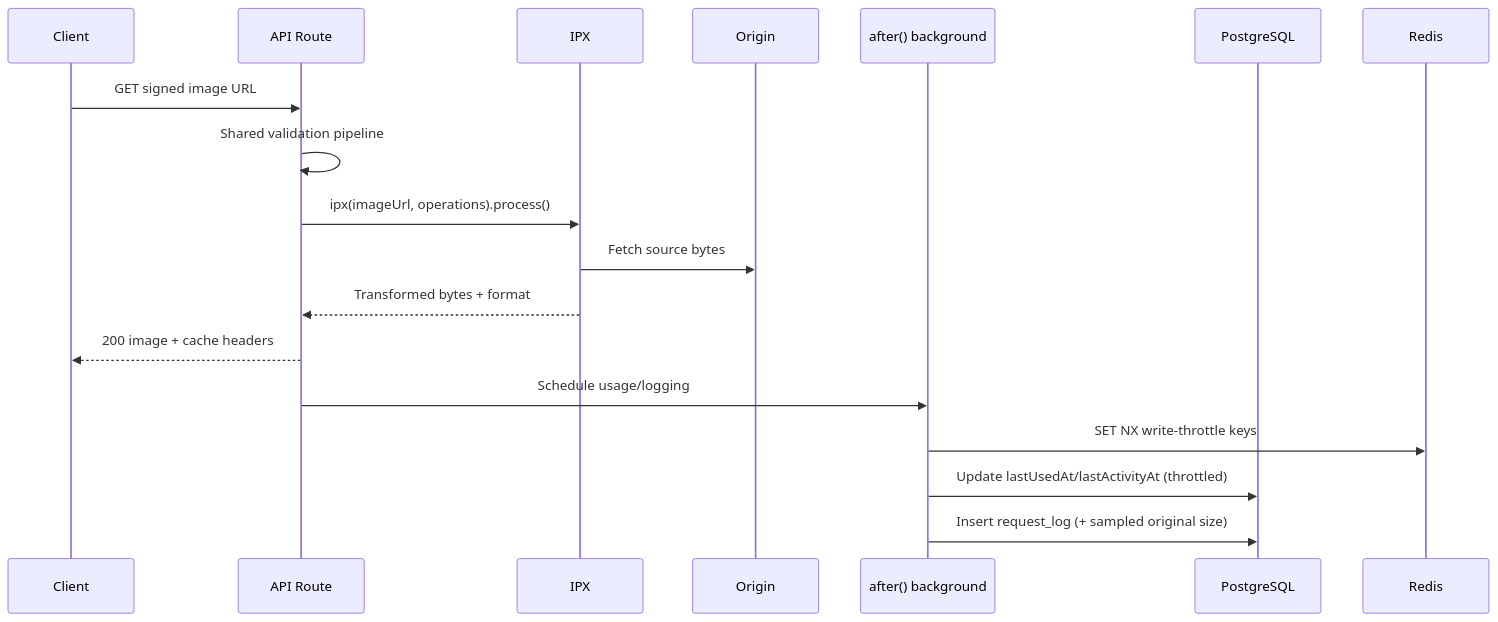
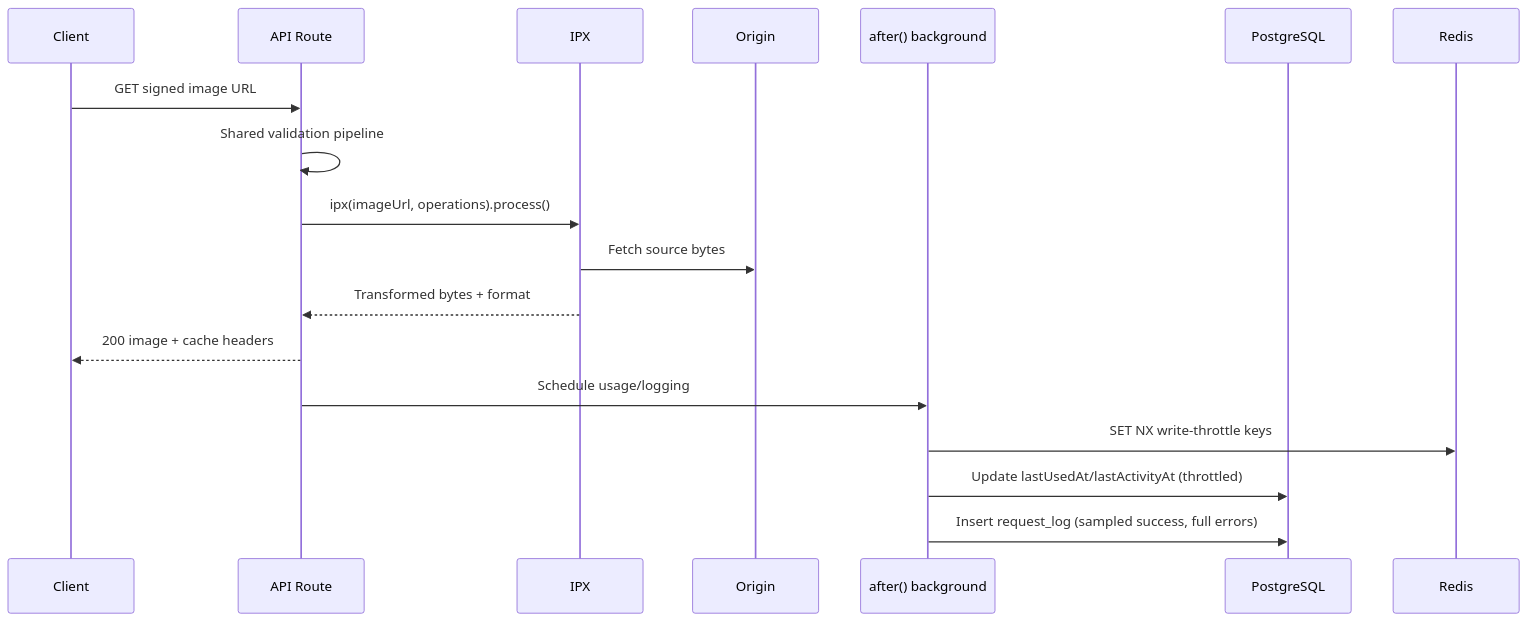
The second of 3 diagrams in apps/docs/content/docs/architecture/request-lifecycle.mdx (EricTsai83/optstuff), drawn with Mermaid before and after one commit. The commit also changed other lines of this file and 18 other files, not shown here.

````diff
--- a/apps/docs/content/docs/architecture/request-lifecycle.mdx
+++ b/apps/docs/content/docs/architecture/request-lifecycle.mdx
@@ -46,21 +46,21 @@
 ```mermaid
 sequenceDiagram
   participant C as Client
   participant R as API Route
   participant I as IPX
   participant O as Origin
   participant BG as after() background
   participant DB as PostgreSQL
   participant Redis as Redis
 
   C->>R: GET signed image URL
   R->>R: Shared validation pipeline
   R->>I: ipx(imageUrl, operations).process()
   I->>O: Fetch source bytes
   I-->>R: Transformed bytes + format
   R-->>C: 200 image + cache headers
   R->>BG: Schedule usage/logging
   BG->>Redis: SET NX write-throttle keys
   BG->>DB: Update lastUsedAt/lastActivityAt (throttled)
-  BG->>DB: Insert request_log (+ sampled original size)
+  BG->>DB: Insert request_log (sampled success, full errors)
 ```
````
